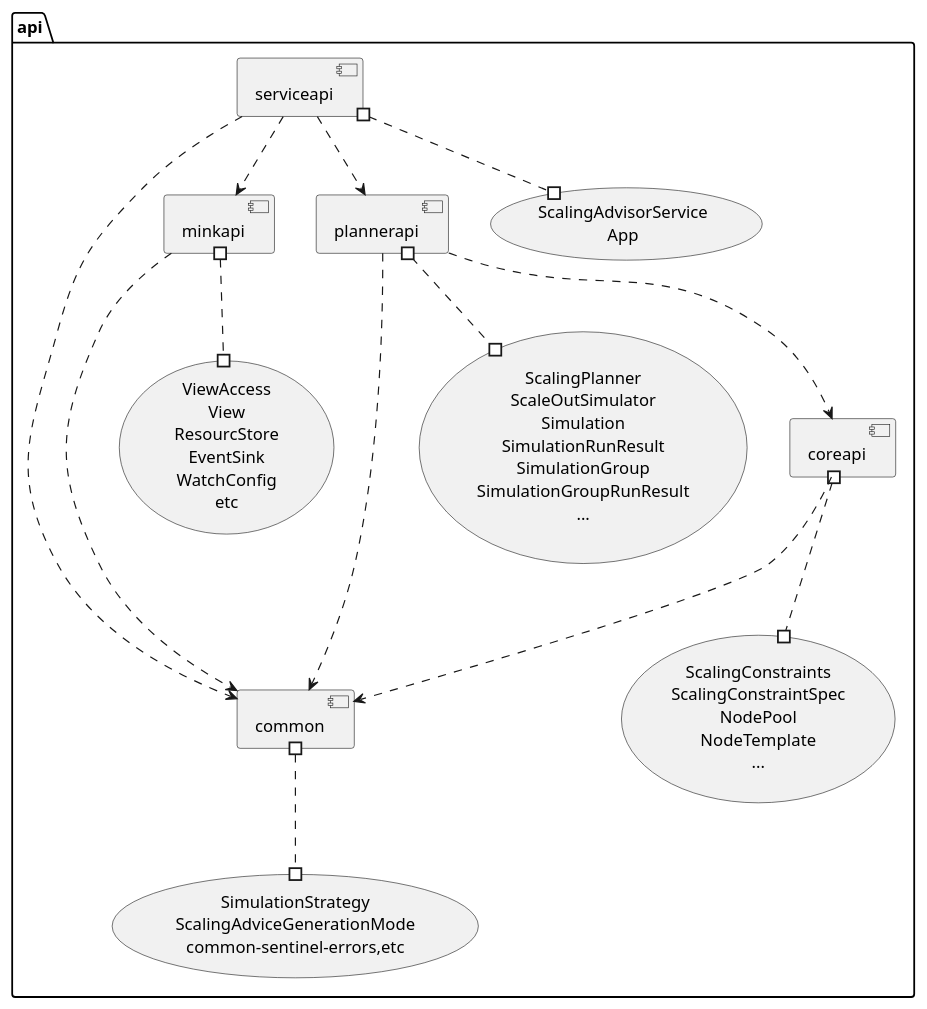
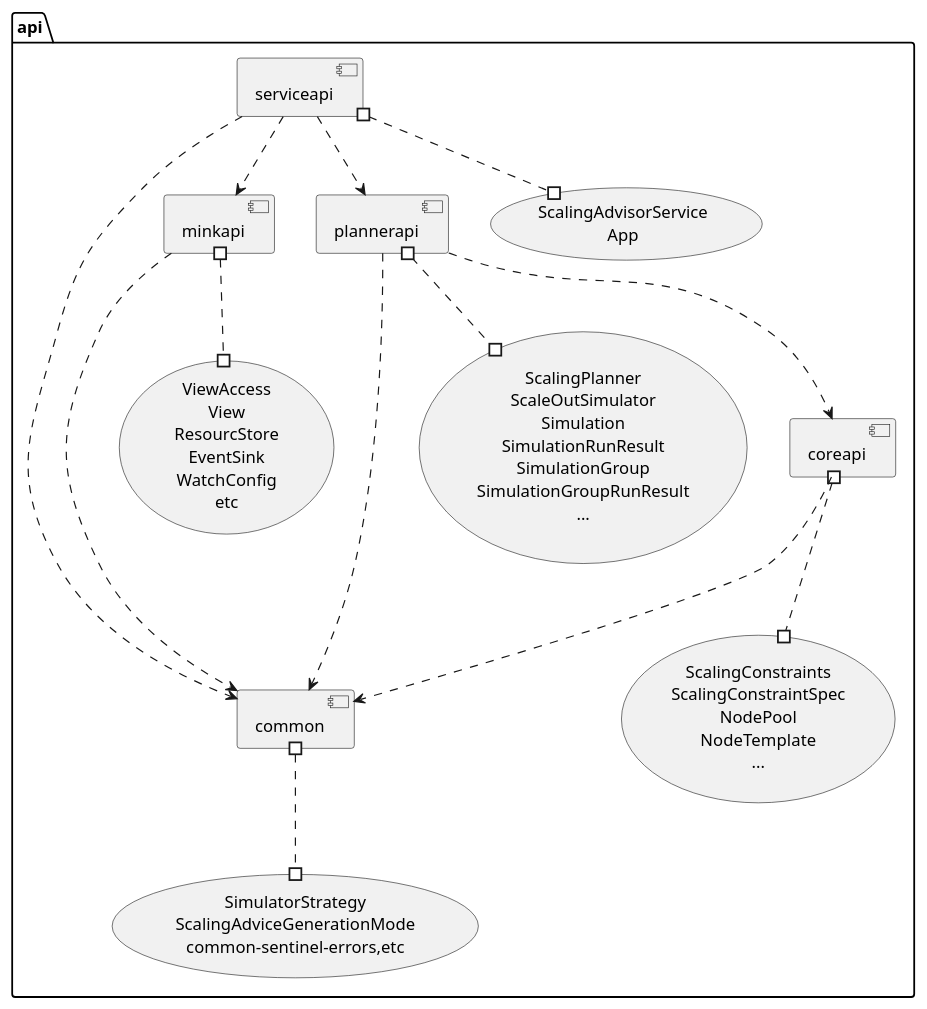
One commit to gardener/scaling-advisor changed the diagram in docs/assets/api-module.puml. Above: the diagram before and after it, drawn with PlantUML. The commit also changed 66 other files, not shown here.

```diff
--- a/docs/assets/api-module.puml
+++ b/docs/assets/api-module.puml
@@ -1,31 +1,31 @@
 @startuml
 'https://plantuml.com/component-diagram
 
 package "api" {
   [common] as commonapi
   [coreapi] as coreapi
   [plannerapi] as plannerapi
   [minkapi] as minkapi
   [serviceapi] as serviceapi
   (ViewAccess\nView\nResourcStore\nEventSink\nWatchConfig\netc)  as (minkapitypes)
   (ScalingAdvisorService\nApp) as (serviceapitypes)
 
   commonapi #..# (commonapitypes)
-  (SimulationStrategy\nScalingAdviceGenerationMode\ncommon-sentinel-errors,etc)  as (commonapitypes)
+  (SimulatorStrategy\nScalingAdviceGenerationMode\ncommon-sentinel-errors,etc)  as (commonapitypes)
   (ScalingConstraints\nScalingConstraintSpec\nNodePool\nNodeTemplate\n...) as coreapitypes
   coreapi #..# (coreapitypes)
   plannerapi #..# (ScalingPlanner\nScaleOutSimulator\nSimulation\nSimulationRunResult\nSimulationGroup\nSimulationGroupRunResult\n...)
   plannerapi ..> coreapi
   serviceapi #..# (serviceapitypes)
   minkapi #..# (minkapitypes)
 
   coreapi ..> commonapi
   plannerapi ..> commonapi
   minkapi ..> commonapi
   serviceapi ..> commonapi
   serviceapi ..> plannerapi
   serviceapi ..> minkapi
 }
 
 
 @enduml
```
